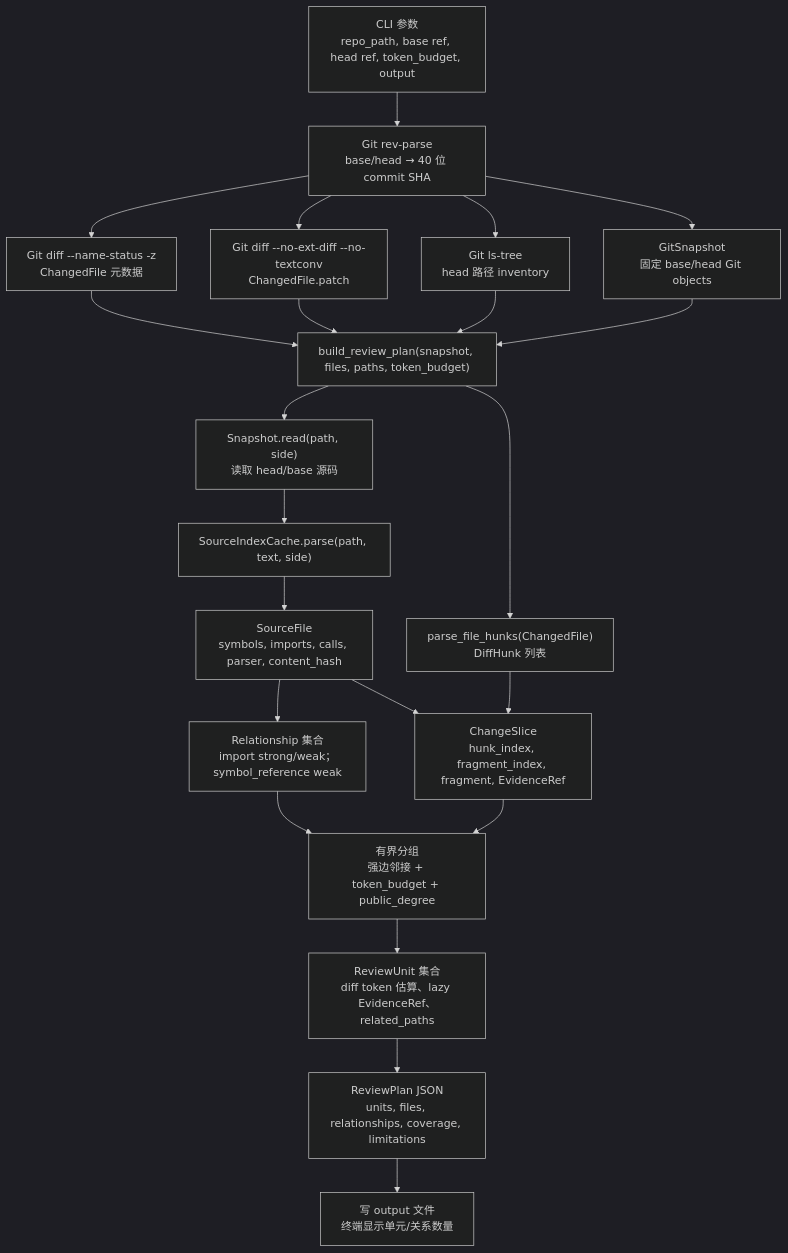
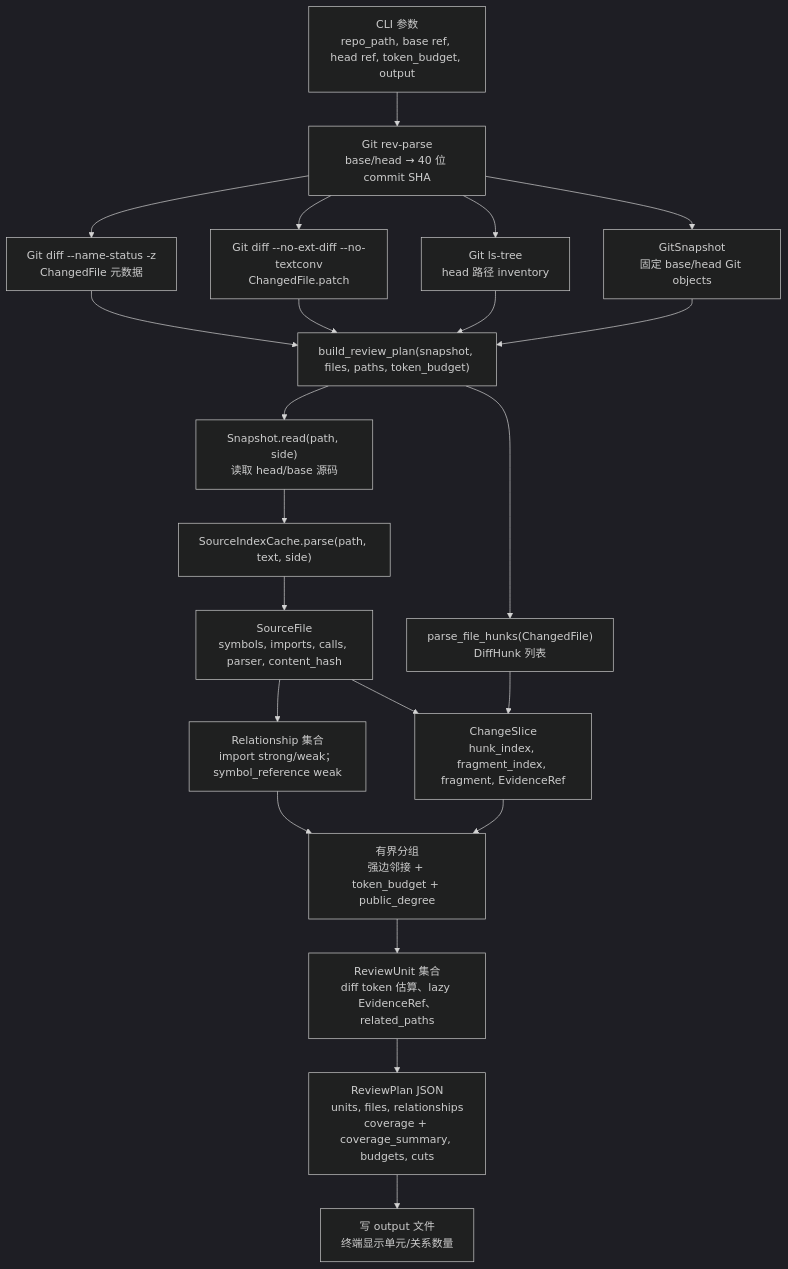
The first of 2 diagrams in docs/graph-planning-dataflow.md (HelicasECoode42/ai-pr-review), drawn with Mermaid (dark theme) before and after one commit. The commit also changed other lines of this file and 13 other files, not shown here.

First line of the commit message:
feat(review): account for every chunk with budgets and source line spans

````diff
--- a/docs/graph-planning-dataflow.md
+++ b/docs/graph-planning-dataflow.md
@@ -7,35 +7,35 @@
 ```mermaid
 flowchart TD
     A["CLI 参数<br/>repo_path, base ref, head ref, token_budget, output"]
     B["Git rev-parse<br/>base/head → 40 位 commit SHA"]
     C["Git diff --name-status -z<br/>ChangedFile 元数据"]
     D["Git diff --no-ext-diff --no-textconv<br/>ChangedFile.patch"]
     E["Git ls-tree<br/>head 路径 inventory"]
     F["GitSnapshot<br/>固定 base/head Git objects"]
     G["build_review_plan(snapshot, files, paths, token_budget)"]
     H["Snapshot.read(path, side)<br/>读取 head/base 源码"]
     I["SourceIndexCache.parse(path, text, side)"]
     J["SourceFile<br/>symbols, imports, calls, parser, content_hash"]
     K["Relationship 集合<br/>import strong/weak；symbol_reference weak"]
     L["parse_file_hunks(ChangedFile)<br/>DiffHunk 列表"]
     M["ChangeSlice<br/>hunk_index, fragment_index, fragment, EvidenceRef"]
     N["有界分组<br/>强边邻接 + token_budget + public_degree"]
     O["ReviewUnit 集合<br/>diff token 估算、lazy EvidenceRef、related_paths"]
-    P["ReviewPlan JSON<br/>units, files, relationships, coverage, limitations"]
+    P["ReviewPlan JSON<br/>units, files, relationships<br/>coverage + coverage_summary, budgets, cuts"]
     Q["写 output 文件<br/>终端显示单元/关系数量"]
 
     A --> B
     B --> C
     B --> D
     B --> E
     B --> F
     C --> G
     D --> G
     E --> G
     F --> G
     G --> H --> I --> J --> K
     G --> L --> M
     J --> M
     K --> N
     M --> N --> O --> P --> Q
 ```
````
